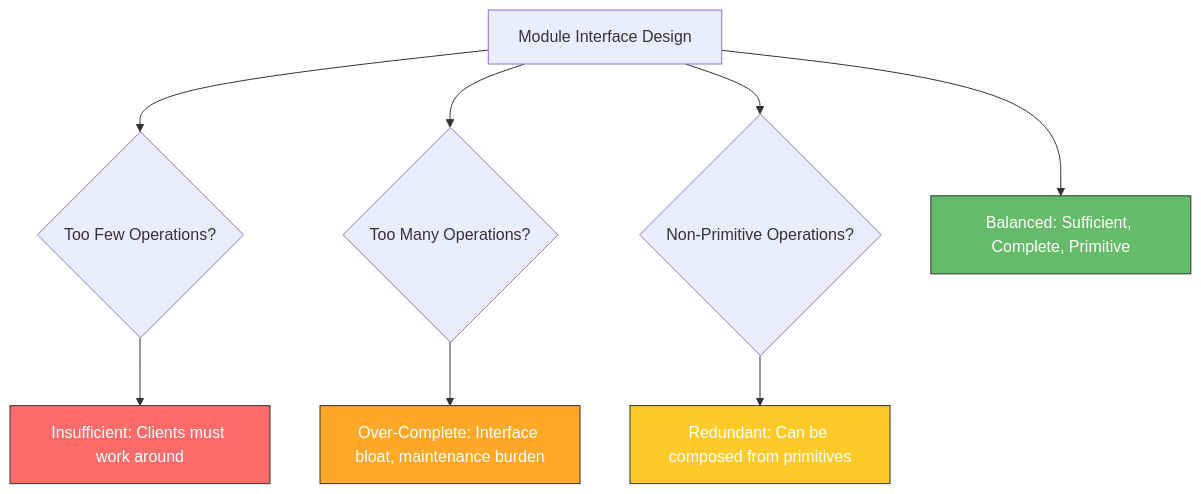
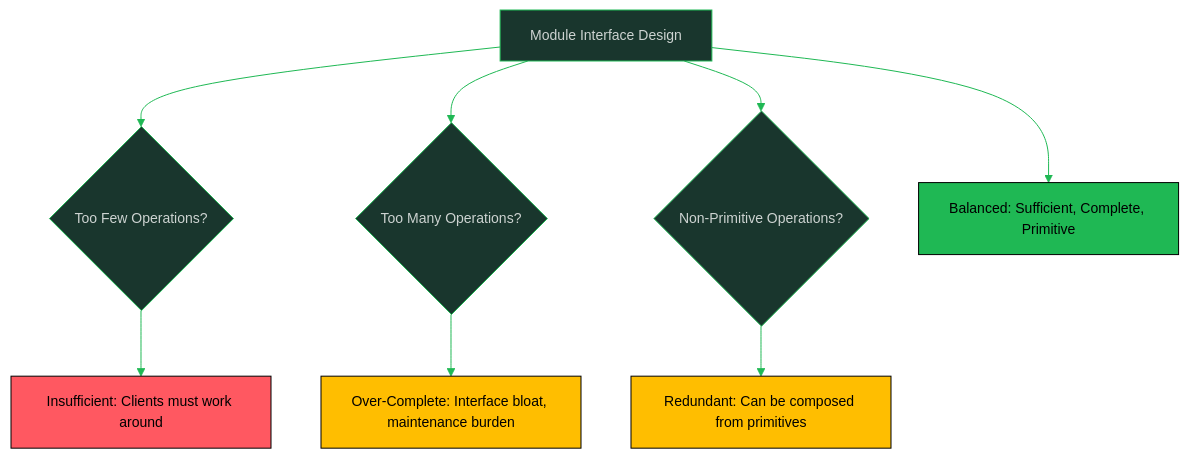
Before and after one commit to oat431/swe-knowledge: the eighth of 10 diagrams in software-engineering-note/03_Software_Design/10_Design_Thinking_and_Context.md, drawn with Mermaid. The commit also changed other lines of this file and 116 other files, not shown here.

````diff
--- a/software-engineering-note/03_Software_Design/10_Design_Thinking_and_Context.md
+++ b/software-engineering-note/03_Software_Design/10_Design_Thinking_and_Context.md
@@ -429,14 +436,15 @@
 ```mermaid
+%%{init: {'theme':'base','themeVariables':{'primaryColor':'#19362D','primaryTextColor':'#CDD3D1','primaryBorderColor':'#1FB854','lineColor':'#1FB854','secondaryColor':'#161212','tertiaryColor':'#1B1717','background':'#1B1717','mainBkg':'#19362D','nodeBorder':'#1FB854','clusterBkg':'#161212','clusterBorder':'#19362D','titleColor':'#1FB854','edgeLabelBackground':'#161212','fontSize':'14px'}}}%%
 graph TD
     A[Module Interface Design] --> B{Too Few Operations?}
     A --> C{Too Many Operations?}
     A --> D{Non-Primitive Operations?}
     B --> E[Insufficient: Clients must work around]
     C --> F[Over-Complete: Interface bloat, maintenance burden]
     D --> G[Redundant: Can be composed from primitives]
     A --> H[Balanced: Sufficient, Complete, Primitive]
-    style E fill:#ff6b6b,stroke:#333,color:#fff
-    style F fill:#ffa726,stroke:#333,color:#fff
-    style G fill:#ffca28,stroke:#333,color:#fff
-    style H fill:#66bb6a,stroke:#333,color:#fff
+    style E fill:#FF5861,stroke:#000000,color:#000000
+    style F fill:#FFBE00,stroke:#000000,color:#000000
+    style G fill:#FFBE00,stroke:#000000,color:#000000
+    style H fill:#1FB854,stroke:#000000,color:#000000
 ```
````
